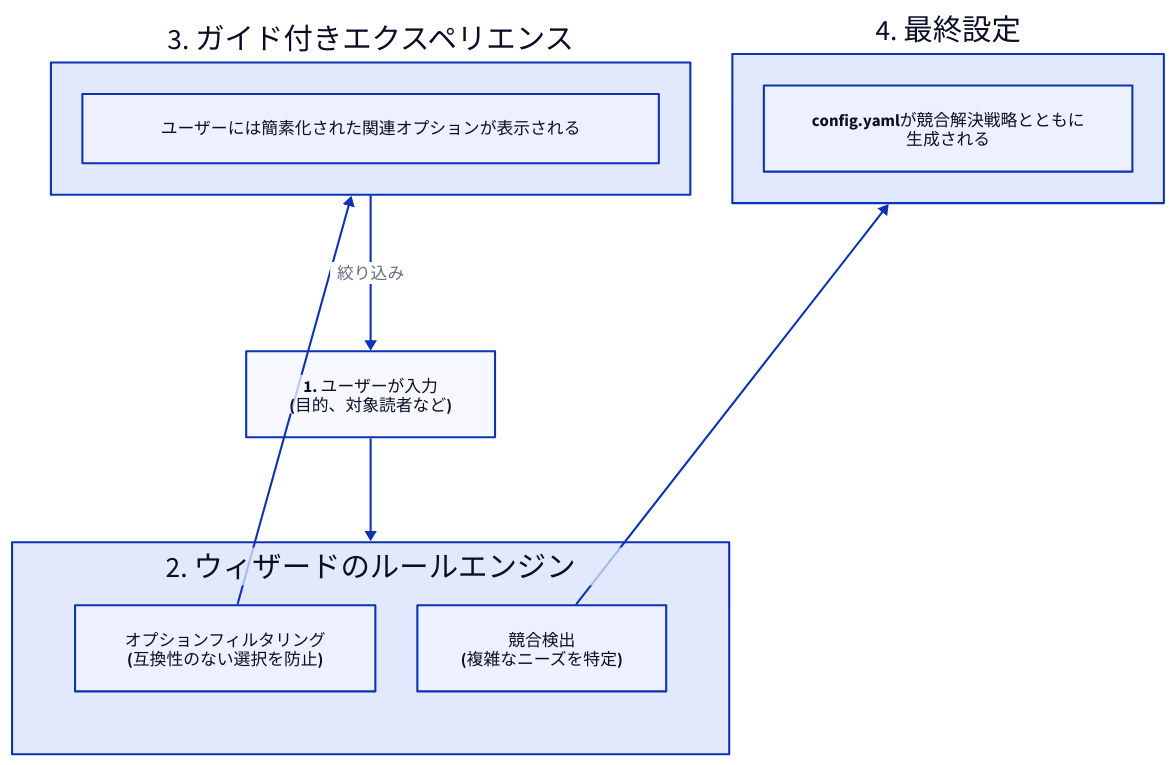
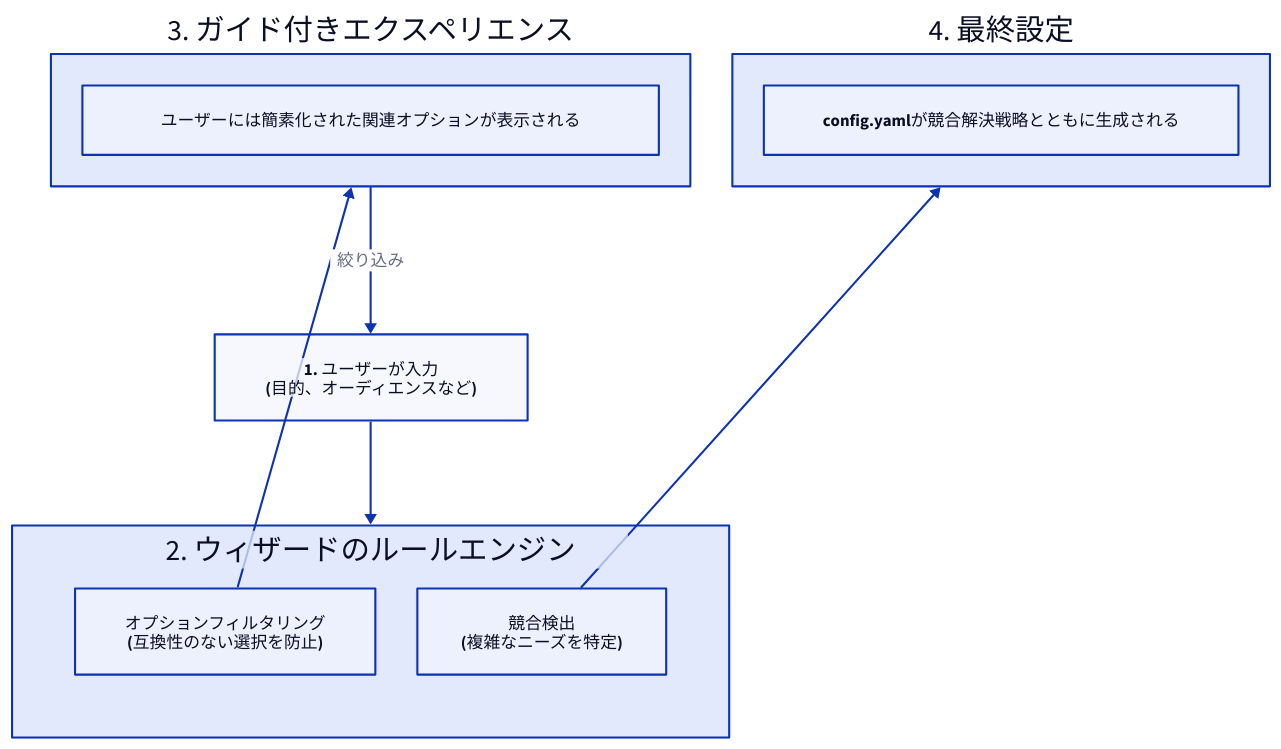
Before and after one commit to AIGNE-io/aigne-doc-smith: the diagram in docs/configuration-interactive-setup.ja.md, drawn with D2. The commit also changed other lines of this file and 69 other files, not shown here.

````diff
--- a/docs/configuration-interactive-setup.ja.md
+++ b/docs/configuration-interactive-setup.ja.md
@@ -32,38 +32,38 @@
 ```d2
 direction: down
 
 User-Selections: {
-  label: "1. ユーザーが入力\n(目的、対象読者など)"
+  label: "1. ユーザーが入力\n(目的、オーディエンスなど)"
   shape: rectangle
 }
 
 Wizard-Engine: {
   label: "2. ウィザードのルールエンジン"
   shape: rectangle
   grid-columns: 2
 
   Filtering: {
     label: "オプションフィルタリング\n(互換性のない選択を防止)"
   }
 
   Conflict-Detection: {
     label: "競合検出\n(複雑なニーズを特定)"
   }
 }
 
 Guided-Experience: {
   label: "3. ガイド付きエクスペリエンス"
   shape: rectangle
   content: "ユーザーには簡素化された関連オプションが表示される"
 }
 
 Final-Config: {
   label: "4. 最終設定"
-  content: "config.yamlが競合解決戦略とともに\n生成される"
+  content: "config.yamlが競合解決戦略とともに生成される"
 }
 
 User-Selections -> Wizard-Engine
 Wizard-Engine.Filtering -> Guided-Experience
 Wizard-Engine.Conflict-Detection -> Final-Config
 Guided-Experience -> User-Selections: "絞り込み"
 ```
````
